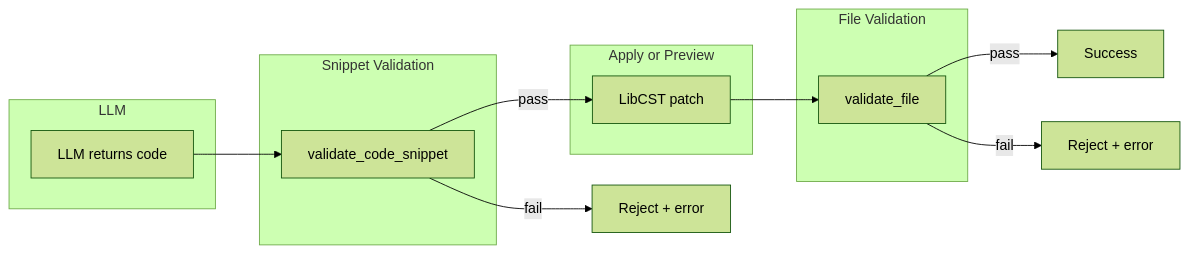
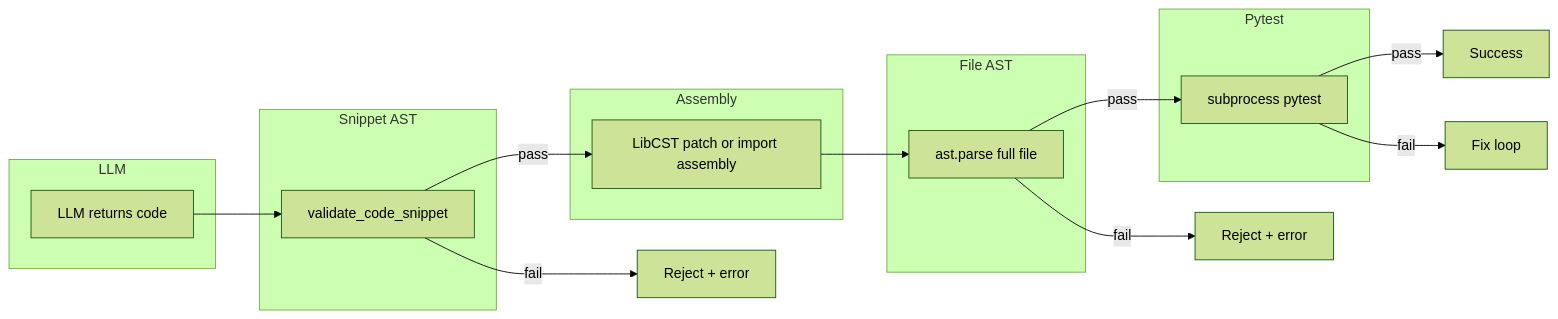
Before and after one commit to solvire/orka: the fifth of 6 diagrams in docs/ARCHITECTURE.md, drawn with Mermaid (forest theme). The commit also changed other lines of this file and 2 other files, not shown here.

````diff
--- a/docs/ARCHITECTURE.md
+++ b/docs/ARCHITECTURE.md
@@ -245,21 +347,26 @@
 ```mermaid
 flowchart LR
     subgraph LLM
         A[LLM returns code]
     end
-    subgraph Gate1[Snippet Validation]
+    subgraph Gate1[Snippet AST]
         B[validate_code_snippet]
     end
-    subgraph Patch[Apply or Preview]
-        C[LibCST patch]
+    subgraph Assembly
+        C[LibCST patch or import assembly]
     end
-    subgraph Gate2[File Validation]
-        D[validate_file]
+    subgraph Gate2[File AST]
+        D[ast.parse full file]
+    end
+    subgraph Gate3[Pytest]
+        E[subprocess pytest]
     end
     A --> B
     B -->|pass| C
-    B -->|fail| E[Reject + error]
+    B -->|fail| F[Reject + error]
     C --> D
-    D -->|pass| F[Success]
+    D -->|pass| E
     D -->|fail| G[Reject + error]
+    E -->|pass| H[Success]
+    E -->|fail| I[Fix loop]
 ```
````
